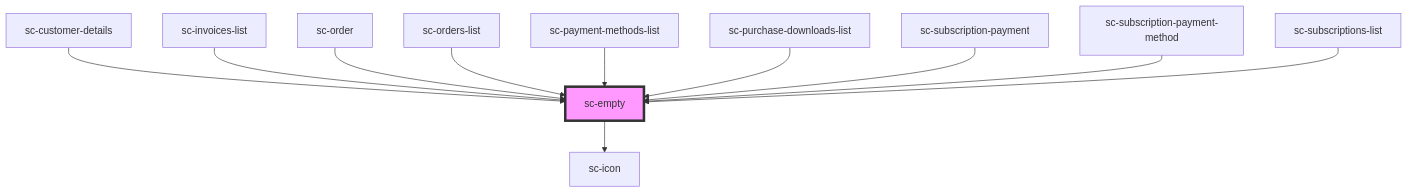
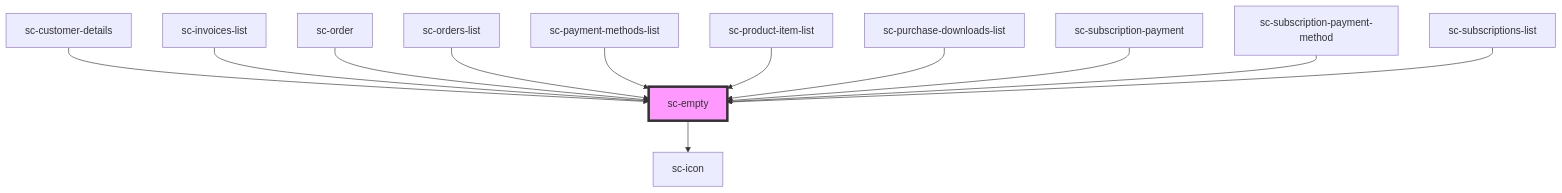
Before and after one commit to surecart/surecart-wp-plugin: the diagram in packages/components/src/components/ui/empty/readme.md, drawn with Mermaid. The commit also changed other lines of this file and 45 other files, not shown here.

````diff
--- a/packages/components/src/components/ui/empty/readme.md
+++ b/packages/components/src/components/ui/empty/readme.md
@@ -42,14 +43,15 @@
 ```mermaid
 graph TD;
   sc-empty --> sc-icon
   sc-customer-details --> sc-empty
   sc-invoices-list --> sc-empty
   sc-order --> sc-empty
   sc-orders-list --> sc-empty
   sc-payment-methods-list --> sc-empty
+  sc-product-item-list --> sc-empty
   sc-purchase-downloads-list --> sc-empty
   sc-subscription-payment --> sc-empty
   sc-subscription-payment-method --> sc-empty
   sc-subscriptions-list --> sc-empty
   style sc-empty fill:#f9f,stroke:#333,stroke-width:4px
 ```
````
